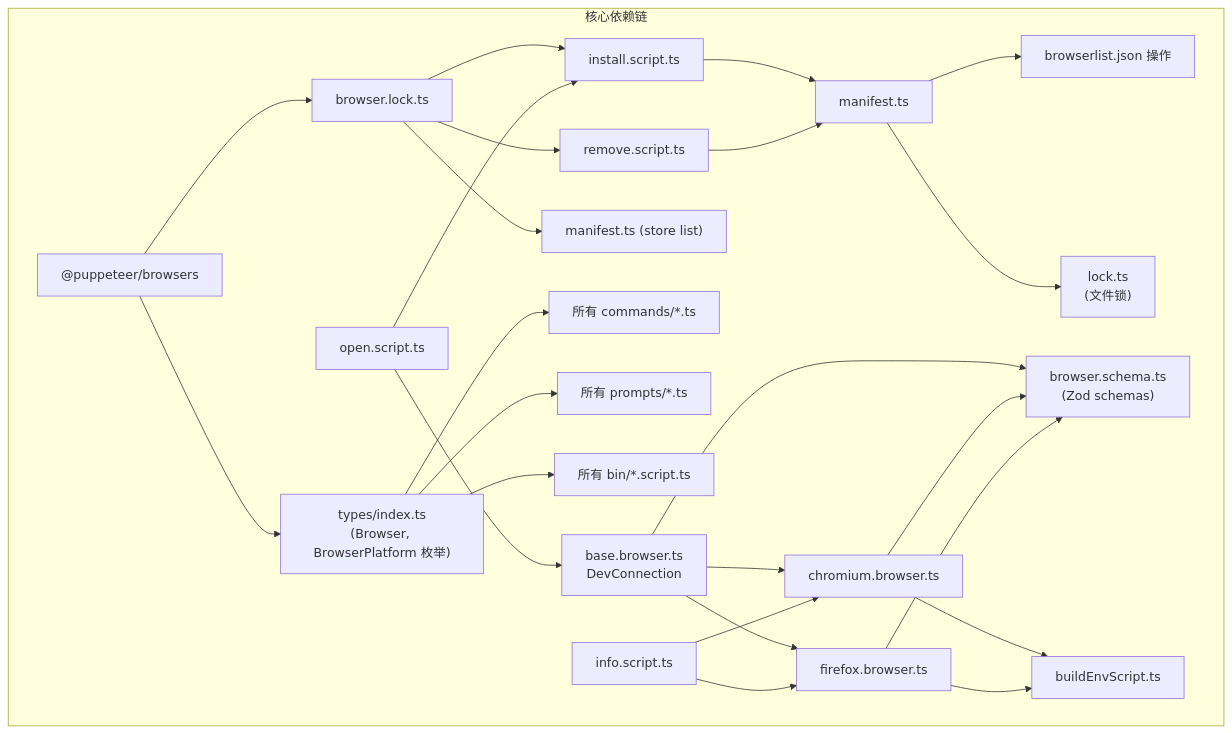
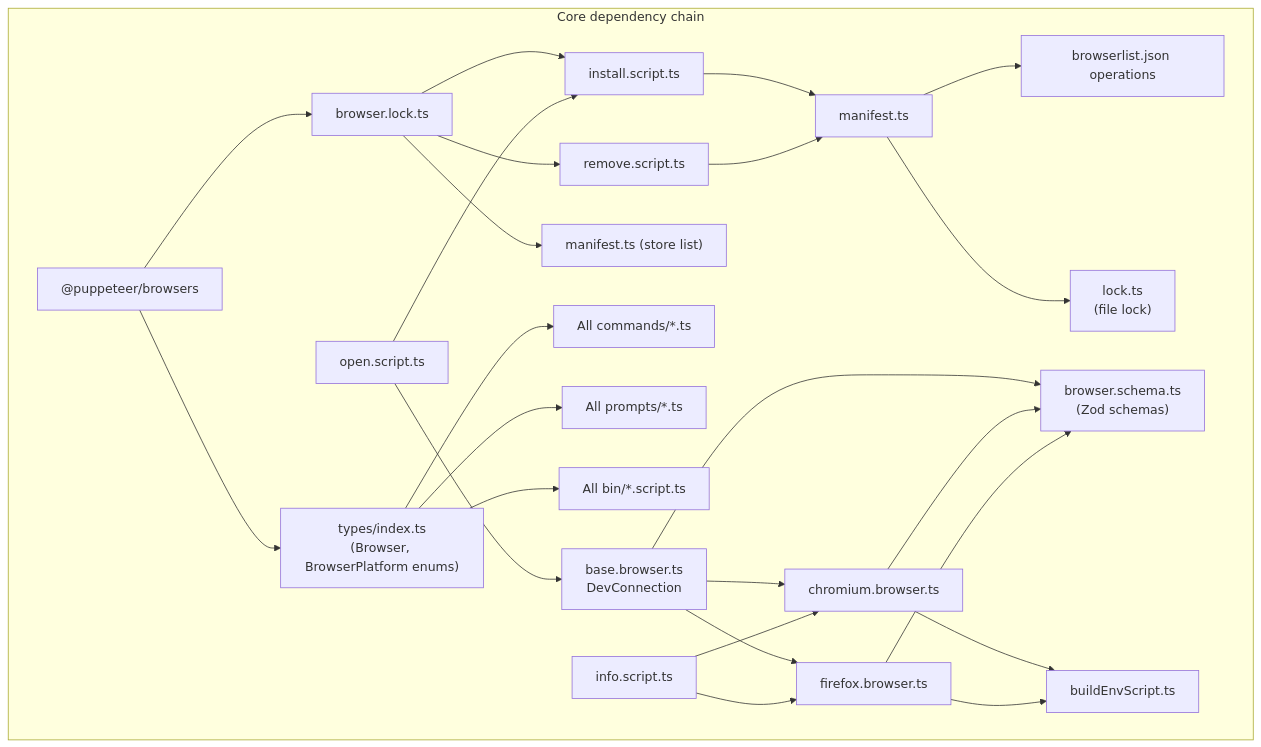
Before and after one commit to cgfeel/pbvm: the second of 2 diagrams in documentation/docs/concepts/monorepo.mdx, drawn with Mermaid. The commit also changed other lines of this file and 52 other files, not shown here.

````diff
--- a/documentation/docs/concepts/monorepo.mdx
+++ b/documentation/docs/concepts/monorepo.mdx
@@ -128,33 +128,33 @@
 ```mermaid
   graph TB
-      subgraph "核心依赖链"
+      subgraph "Core dependency chain"
           A["@puppeteer/browsers"] --> B["browser.lock.ts"]
           B --> C["install.script.ts"]
           B --> D["remove.script.ts"]
           B --> E["manifest.ts (store list)"]
 
-          A --> F["types/index.ts<br/>(Browser, BrowserPlatform 枚举)"]
-          F --> G["所有 commands/*.ts"]
-          F --> H["所有 prompts/*.ts"]
-          F --> I["所有 bin/*.script.ts"]
+          A --> F["types/index.ts<br/>(Browser, BrowserPlatform enums)"]
+          F --> G["All commands/*.ts"]
+          F --> H["All prompts/*.ts"]
+          F --> I["All bin/*.script.ts"]
 
-          J["manifest.ts"] --> K["browserlist.json 操作"]
-          J --> L["lock.ts<br/>(文件锁)"]
+          J["manifest.ts"] --> K["browserlist.json operations"]
+          J --> L["lock.ts<br/>(file lock)"]
           C --> J
           D --> J
 
           M["base.browser.ts<br/>DevConnection"] --> N["chromium.browser.ts"]
           M --> O["firefox.browser.ts"]
           M --> P["browser.schema.ts<br/>(Zod schemas)"]
 
           N --> Q["buildEnvScript.ts"]
           O --> Q
           N --> P
           O --> P
 
           R["open.script.ts"] --> C
           R --> M
           S["info.script.ts"] --> N
           S --> O
       end
 ```
````
